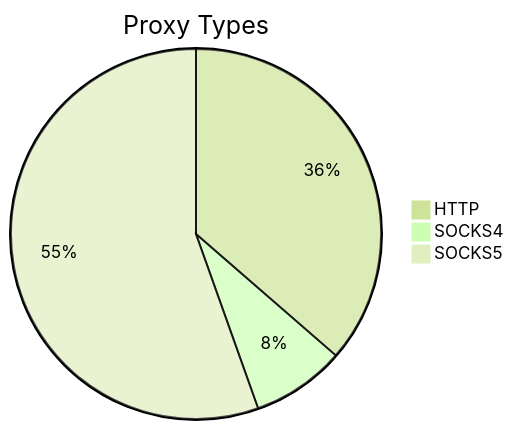
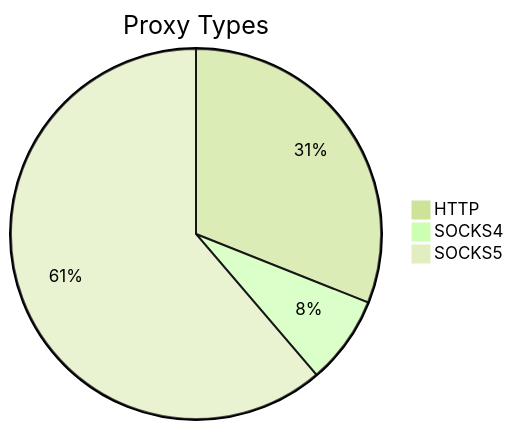
One commit to stormsia/proxy-list changed the first of 2 diagrams in README.md. Above: the diagram before and after it, drawn with Mermaid (forest theme). The commit also changed other lines of this file, not shown here.

````diff
--- a/README.md
+++ b/README.md
@@ -21,6 +21,6 @@
 ```mermaid
 pie title Proxy Types
-    "HTTP" : 147
-    "SOCKS4" : 33
-    "SOCKS5" : 224
+    "HTTP" : 157
+    "SOCKS4" : 39
+    "SOCKS5" : 310
 ```
````
